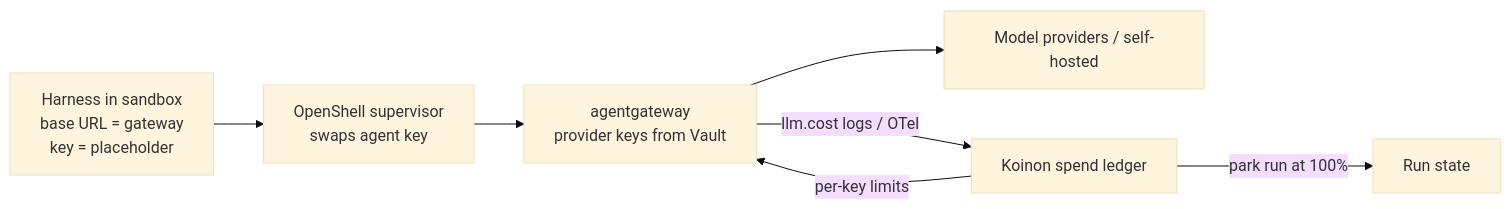
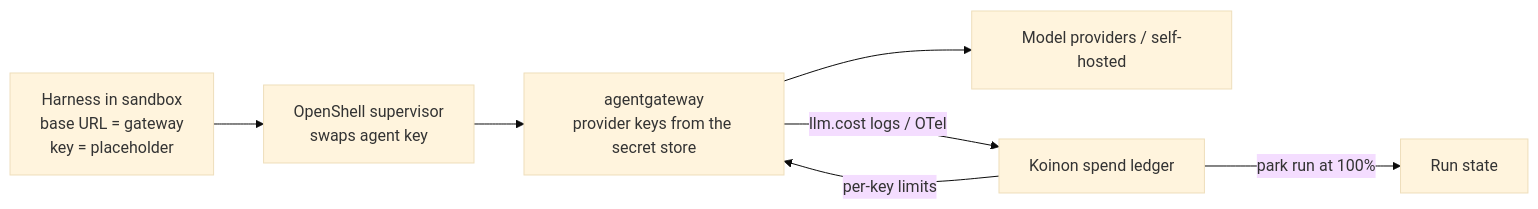
The diagram in docs/adr/0013-model-access.md (stateracloud/koinon), drawn with Mermaid (base theme) before and after one commit. The commit also changed 7 other files, not shown here.

First line of the commit message:
docs: use generic terms for the secret store role

````diff
--- a/docs/adr/0013-model-access.md
+++ b/docs/adr/0013-model-access.md
@@ -66,9 +66,9 @@
 ```mermaid
 flowchart LR
   H[Harness in sandbox<br/>base URL = gateway<br/>key = placeholder] --> SV[OpenShell supervisor<br/>swaps agent key]
-  SV --> AGW[agentgateway<br/>provider keys from Vault]
+  SV --> AGW[agentgateway<br/>provider keys from the secret store]
   AGW --> P[Model providers / self-hosted]
   AGW -- llm.cost logs / OTel --> L[Koinon spend ledger]
   L -- per-key limits --> AGW
   L -- park run at 100% --> R[Run state]
 ```
````
